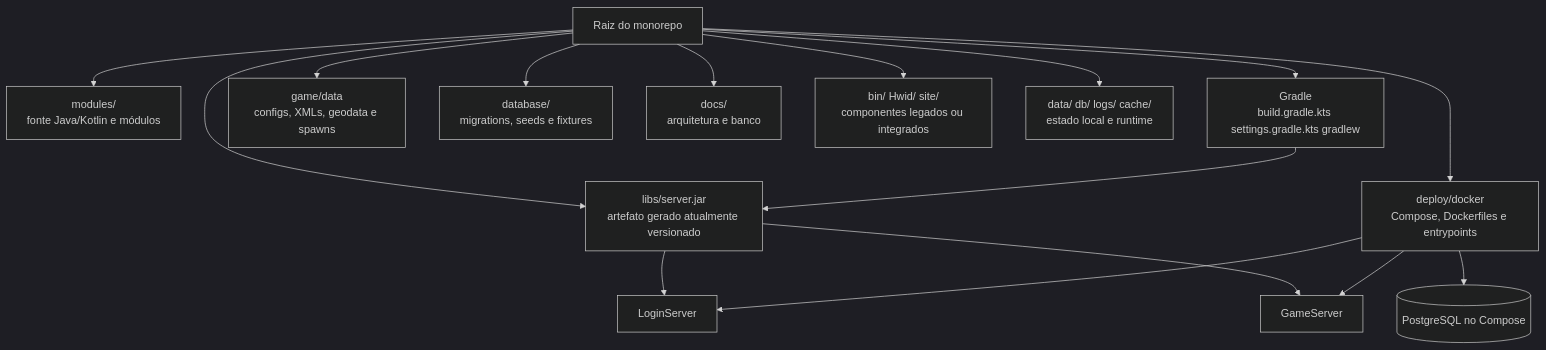
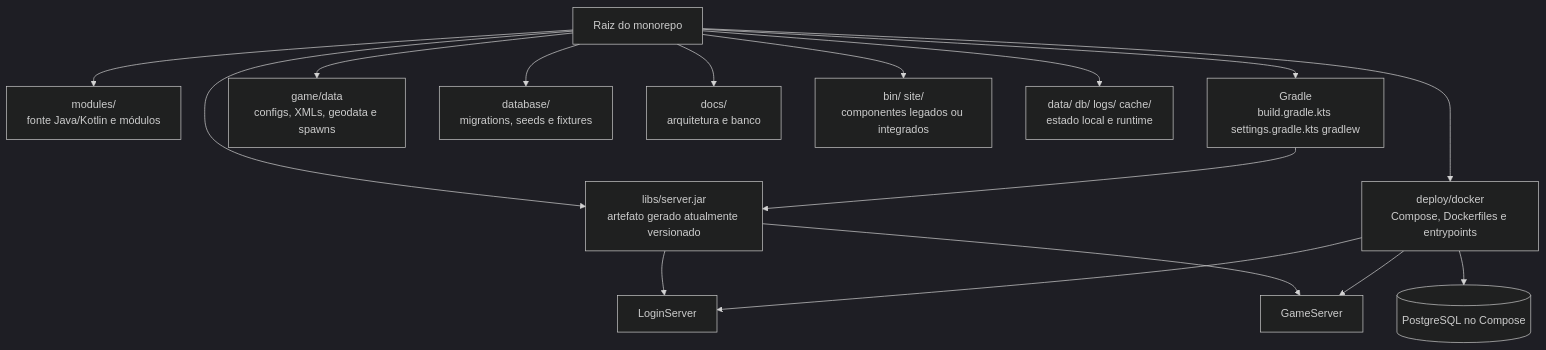
One commit to VictorAlmeida92/L2-NewEra changed the diagram in docs/architecture/repository-inventory.md. Above: the diagram before and after it, drawn with Mermaid (dark theme). The commit also changed other lines of this file and 10 other files, not shown here.

````diff
--- a/docs/architecture/repository-inventory.md
+++ b/docs/architecture/repository-inventory.md
@@ -17,19 +17,19 @@
 ```mermaid
 flowchart TD
     Root[Raiz do monorepo]
     Root --> Source[modules/\nfonte Java/Kotlin e módulos]
     Root --> Build[Gradle\nbuild.gradle.kts settings.gradle.kts gradlew]
     Root --> GameData[game/data\nconfigs, XMLs, geodata e spawns]
     Root --> Database[database/\nmigrations, seeds e fixtures]
     Root --> Deploy[deploy/docker\nCompose, Dockerfiles e entrypoints]
     Root --> Docs[docs/\narquitetura e banco]
     Root --> Dist[libs/server.jar\nartefato gerado atualmente versionado]
-    Root --> Legacy[bin/ Hwid/ site/\ncomponentes legados ou integrados]
+    Root --> Legacy[bin/ site/\ncomponentes legados ou integrados]
     Root --> Runtime[data/ db/ logs/ cache/\nestado local e runtime]
     Build --> Dist
     Dist --> Login[LoginServer]
     Dist --> Game[GameServer]
     Deploy --> Login
     Deploy --> Game
     Deploy --> PostgreSQL[(PostgreSQL no Compose)]
 ```
````
